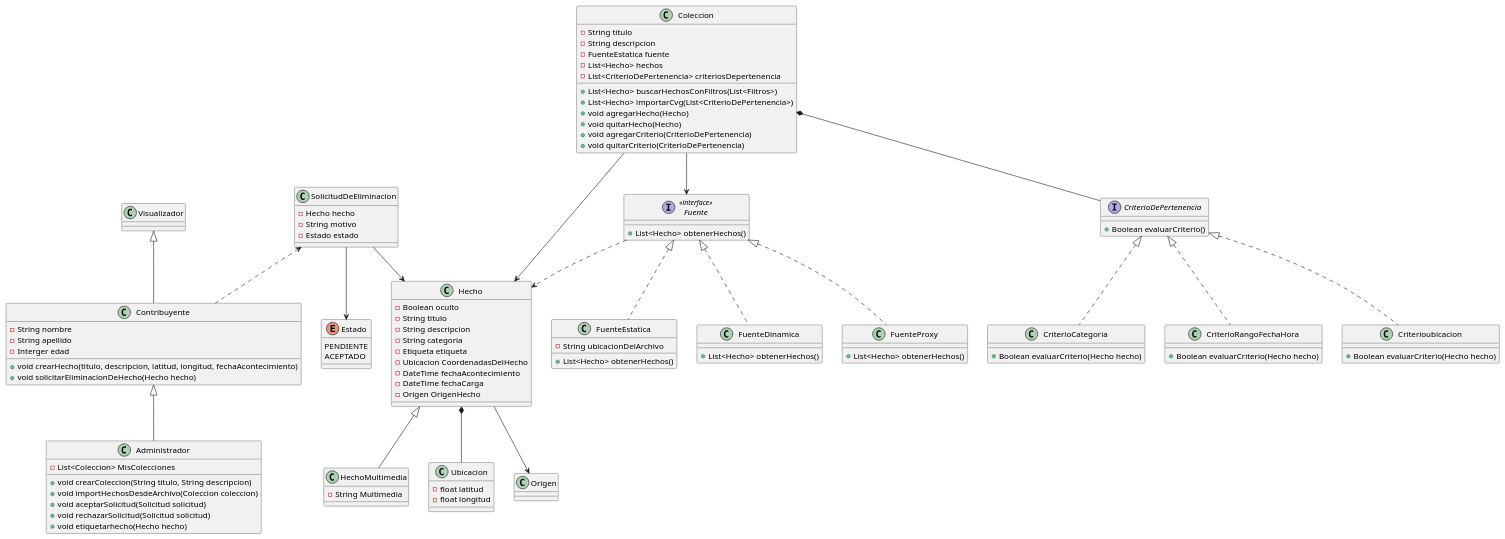
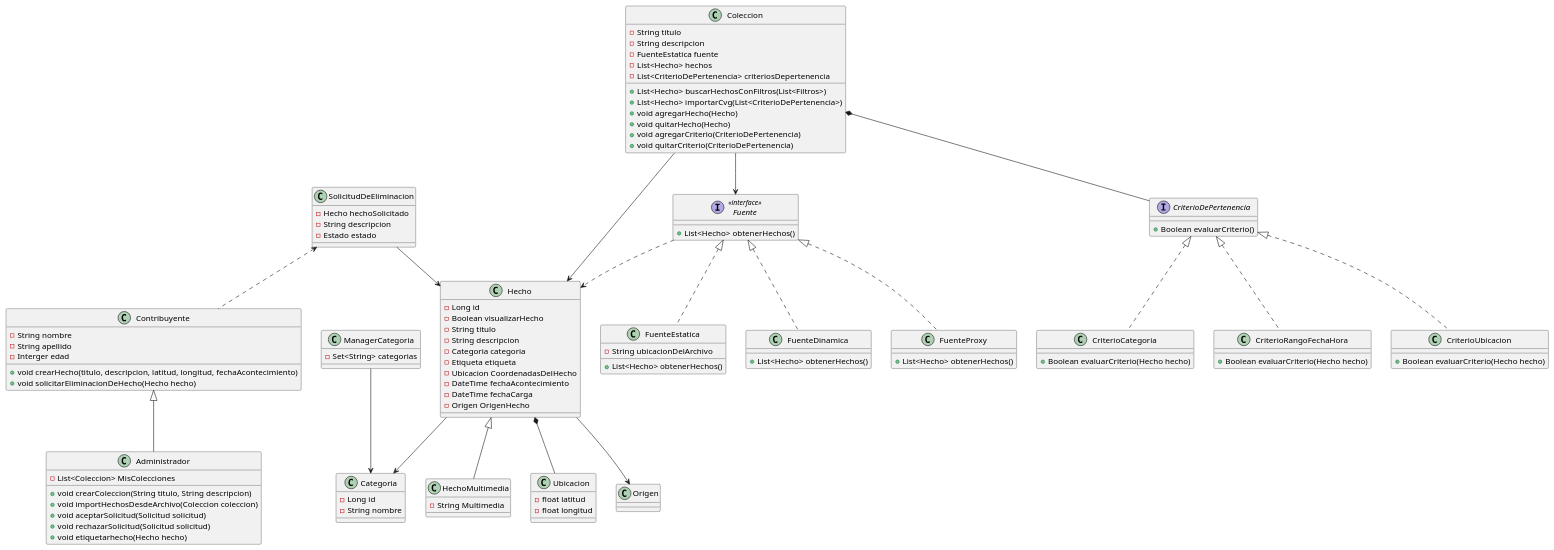
The diagram in src/main/resources/Diagrama de clases.puml (PonceCamilo/tp-anual-disenio-2025), drawn with PlantUML before and after one commit. The commit also changed 13 other files, not shown here.

Commit message:
Refactor: correccion de diagrama de clase y sus respectivas clases

```diff
--- a/src/main/resources/Diagrama de clases.puml
+++ b/src/main/resources/Diagrama de clases.puml
@@ -1,110 +1,114 @@
 @startuml
 
-class Visualizador
 
-class Contribuyente extends Visualizador{
+
+class Contribuyente{
     - String nombre
     - String apellido
     - Interger edad
     + void crearHecho(titulo, descripcion, latitud, longitud, fechaAcontecimiento)
     + void solicitarEliminacionDeHecho(Hecho hecho)
 }
 
 class Administrador extends Contribuyente{
     - List<Coleccion> MisColecciones
     + void crearColeccion(String titulo, String descripcion)
     + void importHechosDesdeArchivo(Coleccion coleccion)
     + void aceptarSolicitud(Solicitud solicitud)
     + void rechazarSolicitud(Solicitud solicitud)
     + void etiquetarhecho(Hecho hecho)
 }
 
 class Hecho{
-    - Boolean oculto
+    - Long id
+    - Boolean visualizarHecho
     - String titulo
     - String descripcion
-    - String categoria
+    - Categoria categoria
     - Etiqueta etiqueta
     - Ubicacion CoordenadasDelHecho
     - DateTime fechaAcontecimiento
     - DateTime fechaCarga
     - Origen OrigenHecho
+}
+class Categoria{
+    - Long id
+    - String nombre
+}
+class ManagerCategoria{
+ - Set<String> categorias
 }
 class HechoMultimedia extends Hecho{
     - String Multimedia
 }
 
 class Ubicacion{
     - float latitud
     - float longitud
 }
 
 class Coleccion{
     - String titulo
     - String descripcion
     - FuenteEstatica fuente
     - List<Hecho> hechos
     - List<CriterioDePertenencia> criteriosDepertenencia
     + List<Hecho> buscarHechosConFiltros(List<Filtros>)
     + List<Hecho> importarCvg(List<CriterioDePertenencia>)
     + void agregarHecho(Hecho)
     + void quitarHecho(Hecho)
     + void agregarCriterio(CriterioDePertenencia)
     + void quitarCriterio(CriterioDePertenencia)
 }
 
  interface Fuente <<interface>>{
     + List<Hecho> obtenerHechos()
 }
 
  class FuenteEstatica implements Fuente{
     - String ubicacionDelArchivo
     + List<Hecho> obtenerHechos()
 }
 
  class FuenteDinamica implements Fuente{
     + List<Hecho> obtenerHechos()
 }
 
  class FuenteProxy implements Fuente{
     + List<Hecho> obtenerHechos()
 }
 
 interface CriterioDePertenencia{
     + Boolean evaluarCriterio()
 }
 
 class CriterioCategoria implements  CriterioDePertenencia{
     + Boolean evaluarCriterio(Hecho hecho)
 }
 
 class CriterioRangoFechaHora implements  CriterioDePertenencia{
     + Boolean evaluarCriterio(Hecho hecho)
 }
 
-class Criterioubicacion implements  CriterioDePertenencia{
+class CriterioUbicacion implements  CriterioDePertenencia{
     + Boolean evaluarCriterio(Hecho hecho)
 }
 
 class SolicitudDeEliminacion{
-    - Hecho hecho
-    - String motivo
+    - Hecho hechoSolicitado
+    - String descripcion
     - Estado estado
-}
-
-enum Estado{
-    PENDIENTE
-    ACEPTADO
 }
 
 Coleccion *-- CriterioDePertenencia
 Coleccion --> Fuente
 Coleccion --> Hecho
 Hecho --> Origen
 Hecho *-- Ubicacion
+Hecho --> Categoria
 Fuente ..> Hecho
+ManagerCategoria --> Categoria
 SolicitudDeEliminacion --> Hecho
-SolicitudDeEliminacion --> Estado
 SolicitudDeEliminacion <.. Contribuyente
 
 @enduml
```
